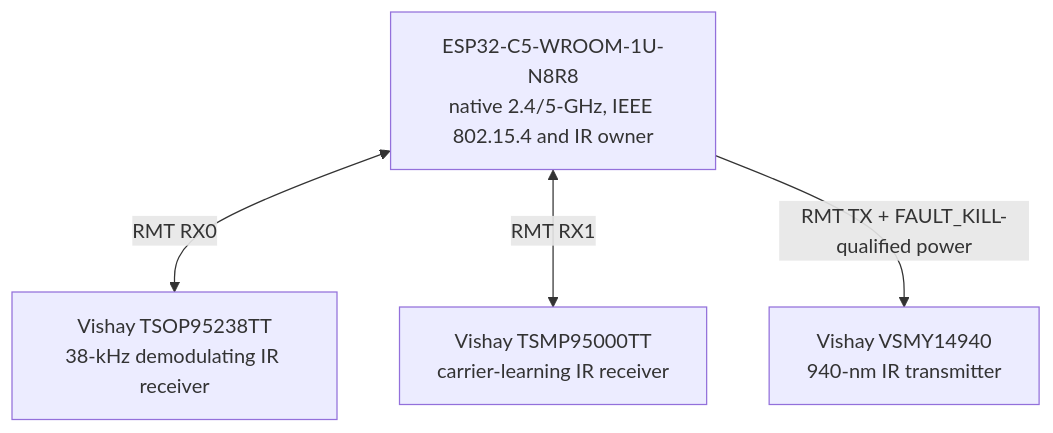
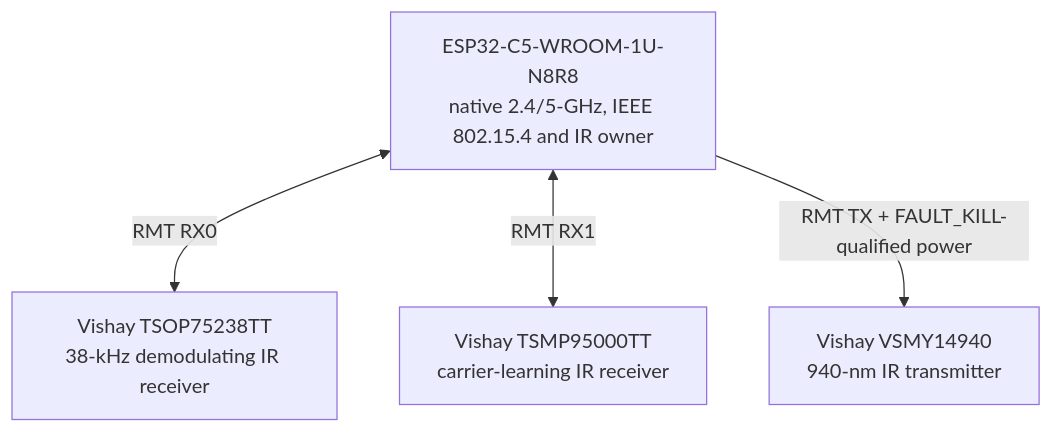
The third of 10 diagrams in docs/schematics.md (anton-vinogradov/esp32-leshy2), drawn with Mermaid before and after one commit. The commit also changed 110 other files, not shown here.

````diff
--- a/docs/schematics.md
+++ b/docs/schematics.md
@@ -105,10 +105,10 @@
 ```mermaid
 flowchart TD
 C5["ESP32-C5-WROOM-1U-N8R8<br/>native 2.4/5-GHz, IEEE 802.15.4 and IR owner"]
-IR_DEMOD["Vishay TSOP95238TT<br/>38-kHz demodulating IR receiver"]
+IR_DEMOD["Vishay TSOP75238TT<br/>38-kHz demodulating IR receiver"]
 IR_CARRIER["Vishay TSMP95000TT<br/>carrier-learning IR receiver"]
 IR_EMITTER["Vishay VSMY14940<br/>940-nm IR transmitter"]
   C5 <-->|"RMT RX0"| IR_DEMOD
   C5 <-->|"RMT RX1"| IR_CARRIER
   C5 -->|"RMT TX + FAULT_KILL-qualified power"| IR_EMITTER
 ```
````
